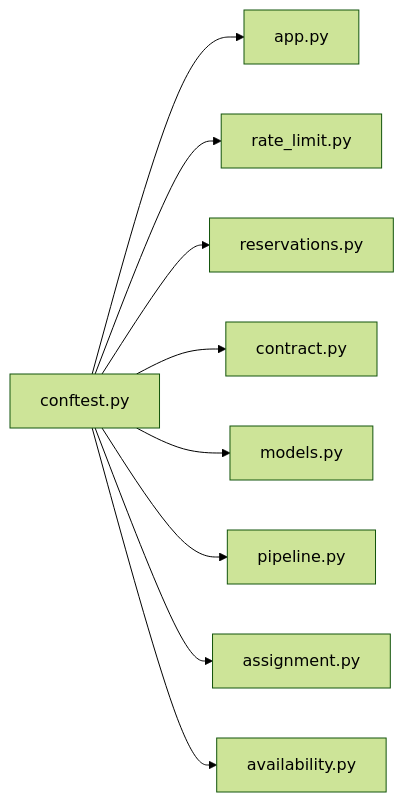
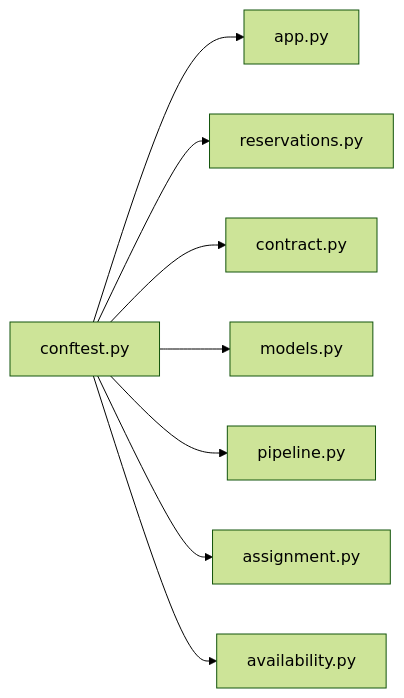
Before and after one commit to minkong-dev/Banblit: the diagram in .cluedoc/graph/backend/tests/conftest.md, drawn with Mermaid (forest theme). The commit also changed other lines of this file and 35 other files, not shown here.

````diff
--- a/.cluedoc/graph/backend/tests/conftest.md
+++ b/.cluedoc/graph/backend/tests/conftest.md
@@ -10,12 +10,11 @@
 ```mermaid
 flowchart LR
   backend_tests_conftest["conftest.py"]
   backend_tests_conftest --> backend_src_backend_api_app["app.py"]
-  backend_tests_conftest --> backend_src_backend_api_rate_limit["rate_limit.py"]
   backend_tests_conftest --> backend_src_backend_api_routers_reservations["reservations.py"]
   backend_tests_conftest --> backend_src_backend_contract["contract.py"]
   backend_tests_conftest --> backend_src_backend_db_models["models.py"]
   backend_tests_conftest --> backend_src_backend_db_pipeline["pipeline.py"]
   backend_tests_conftest --> backend_src_backend_scheduling_assignment["assignment.py"]
   backend_tests_conftest --> backend_src_backend_scheduling_availability["availability.py"]
 ```
````
